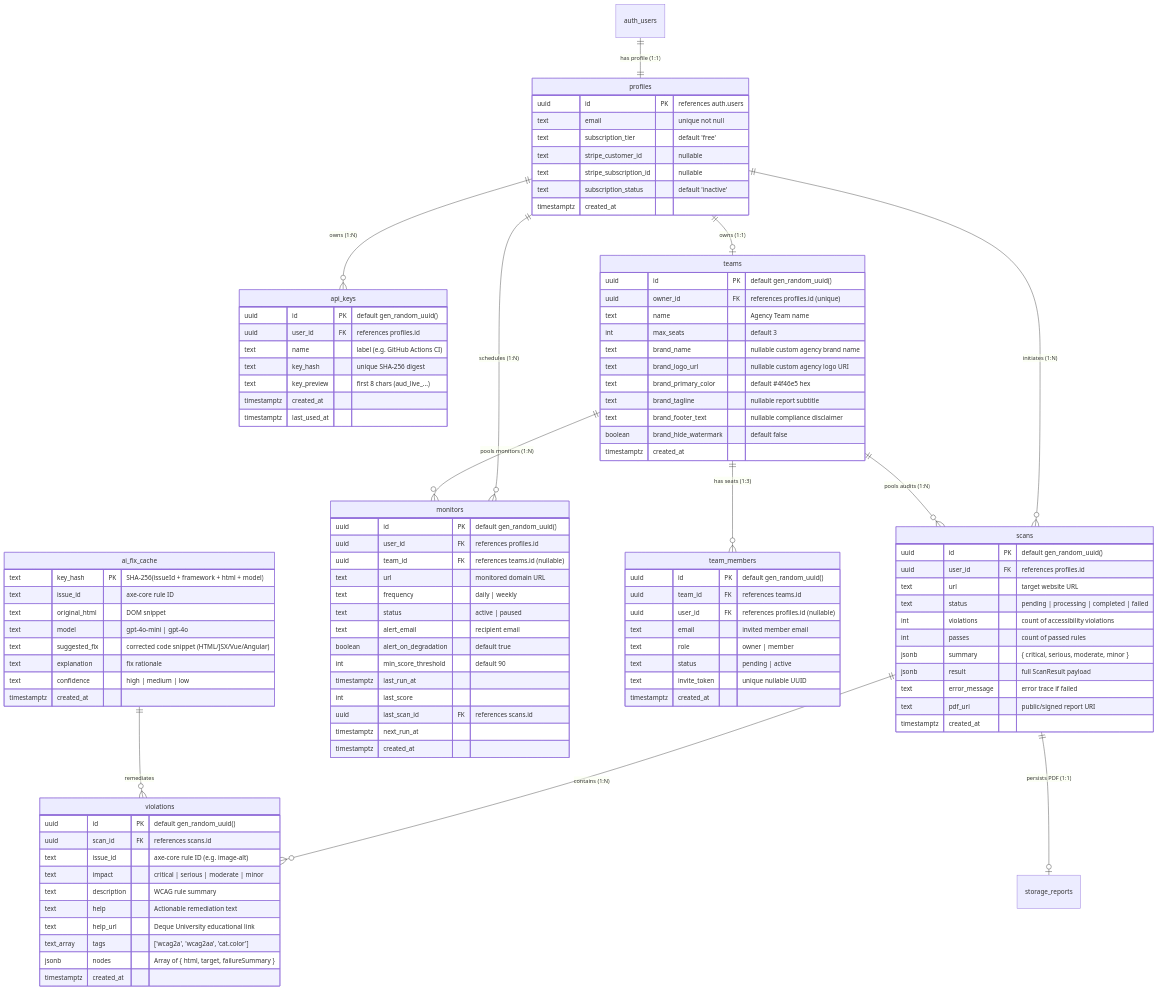
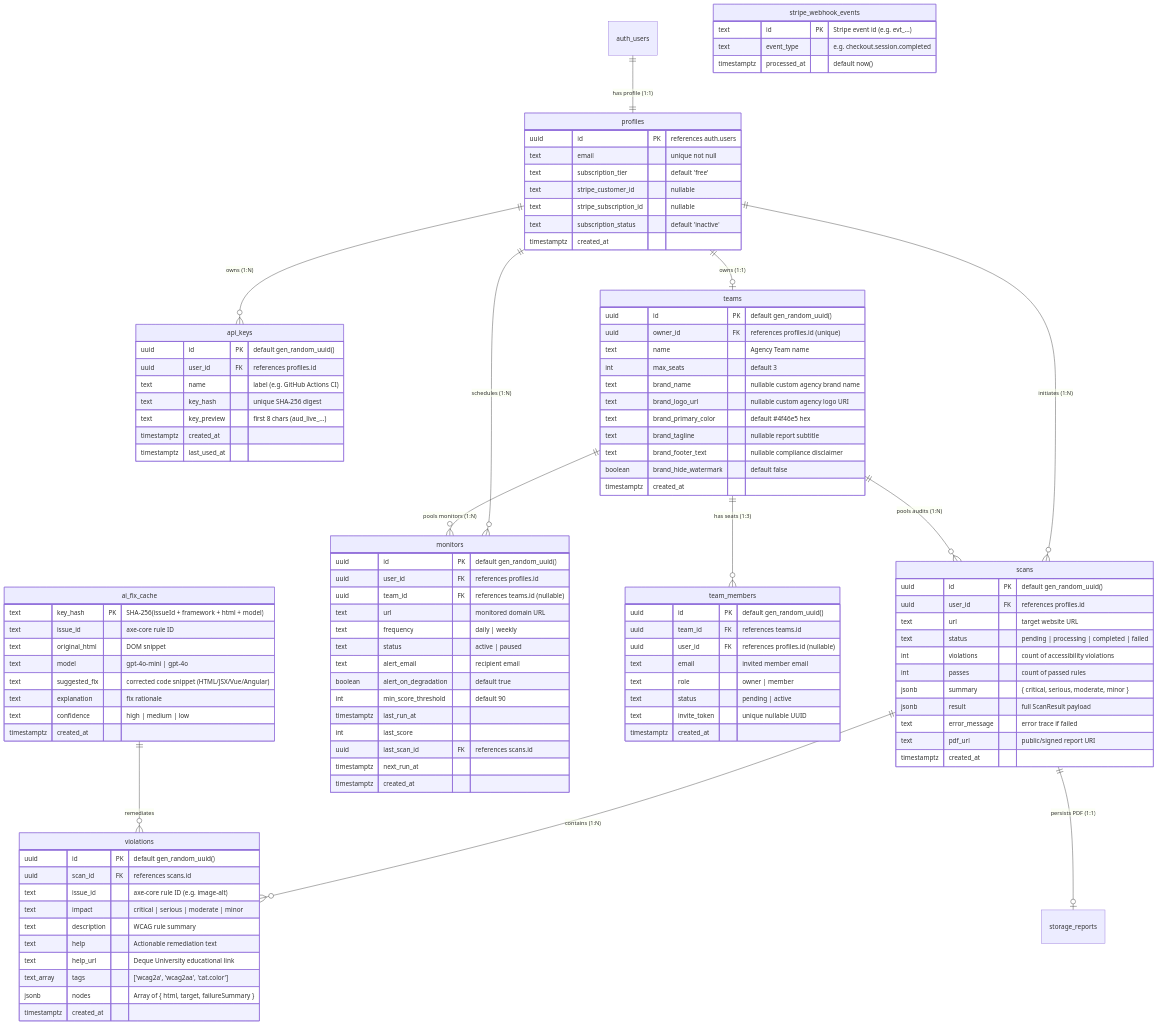
The diagram in docs/DATABASE.md (pariweshh/accessibility-auditor), drawn with Mermaid before and after one commit. The commit also changed other lines of this file and 7 other files, not shown here.

```diff
--- a/docs/DATABASE.md
+++ b/docs/DATABASE.md
@@ -23,6 +23,12 @@
     scans ||--o{ violations : "contains (1:N)"
     scans ||--o| storage_reports : "persists PDF (1:1)"
     ai_fix_cache ||--o{ violations : "remediates"
+
+    stripe_webhook_events {
+        text id PK "Stripe event id (e.g. evt_...)"
+        text event_type "e.g. checkout.session.completed"
+        timestamptz processed_at "default now()"
+    }
 
     monitors {
         uuid id PK "default gen_random_uuid()"
```
